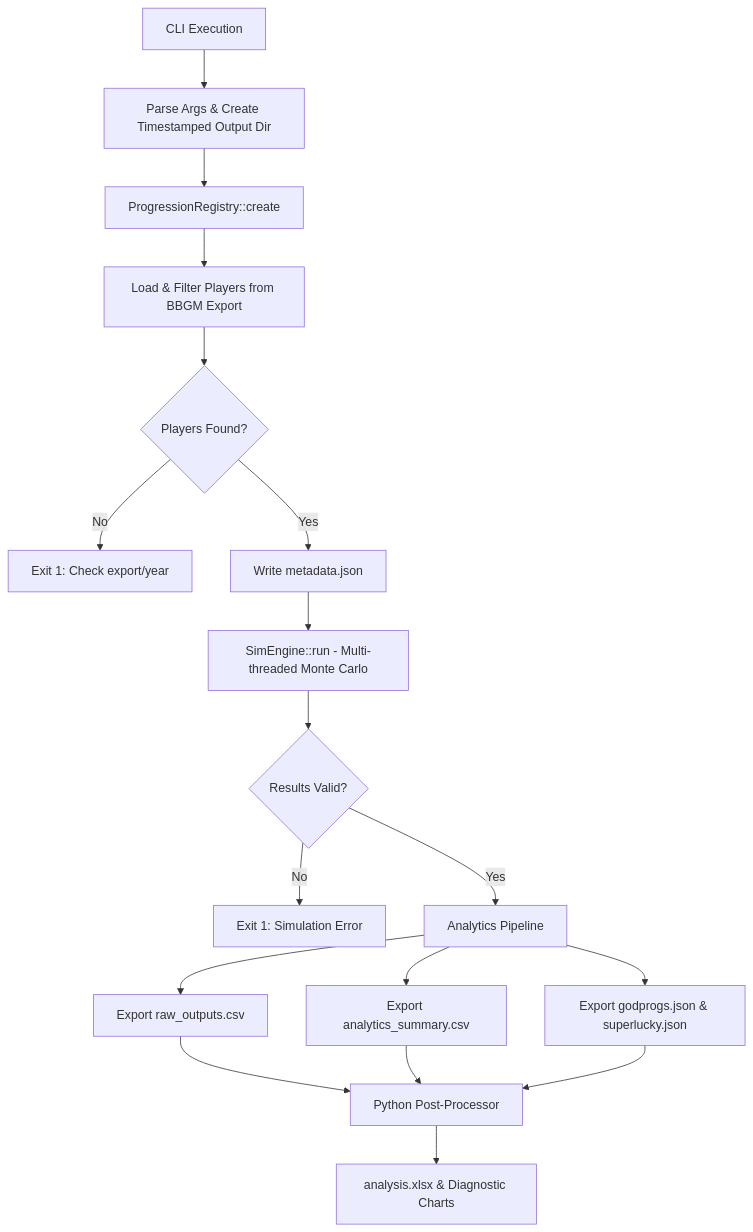
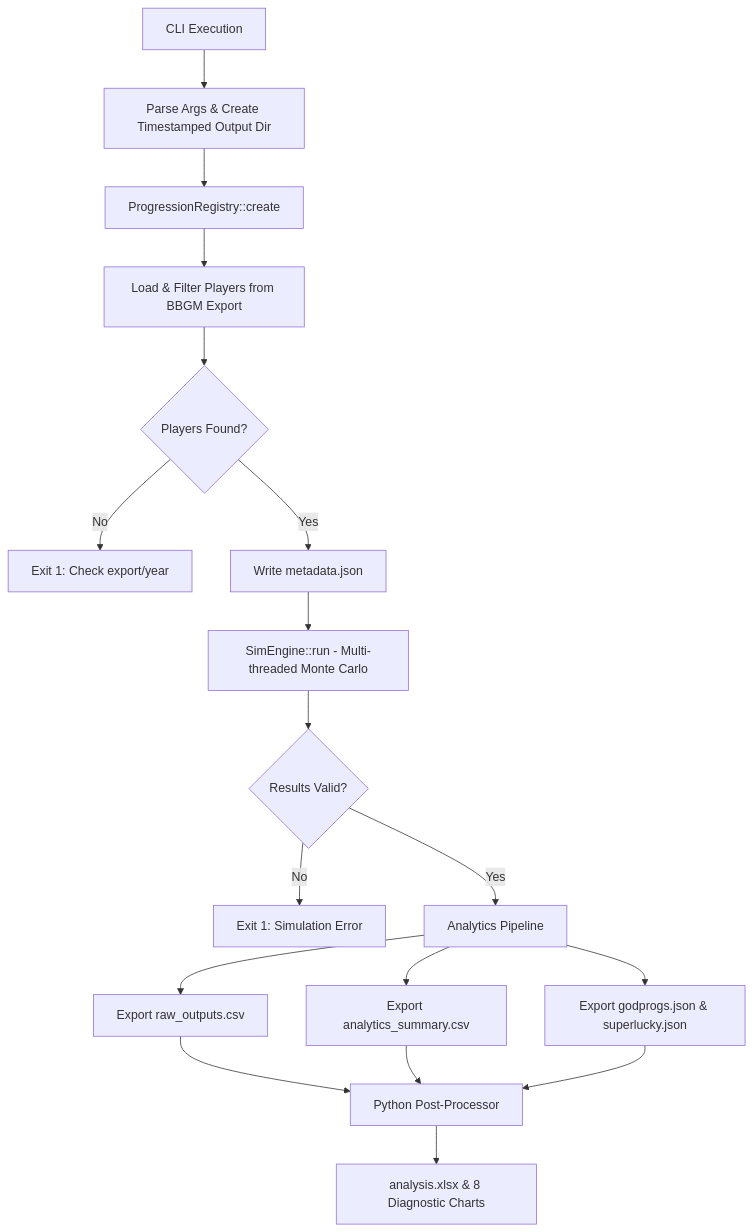
One commit to akshayexists/progbox changed the diagram in README.md. Above: the diagram before and after it, drawn with Mermaid. The commit also changed other lines of this file, not shown here.

````diff
--- a/README.md
+++ b/README.md
@@ -23,20 +26,20 @@
 ```mermaid
 graph TD
     A[CLI Execution] --> B[Parse Args & Create Timestamped Output Dir]
     B --> C[ProgressionRegistry::create]
     C --> D[Load & Filter Players from BBGM Export]
     D --> E{Players Found?}
     E -- No --> F[Exit 1: Check export/year]
     E -- Yes --> G[Write metadata.json]
     G --> H[SimEngine::run - Multi-threaded Monte Carlo]
     H --> I{Results Valid?}
     I -- No --> J[Exit 1: Simulation Error]
     I -- Yes --> K[Analytics Pipeline]
     
     K --> L[Export raw_outputs.csv]
     K --> M[Export analytics_summary.csv]
     K --> N[Export godprogs.json & superlucky.json]
     
     L & M & N --> O[Python Post-Processor]
-    O --> P[analysis.xlsx & Diagnostic Charts]
+    O --> P[analysis.xlsx & 8 Diagnostic Charts]
 ```
````
